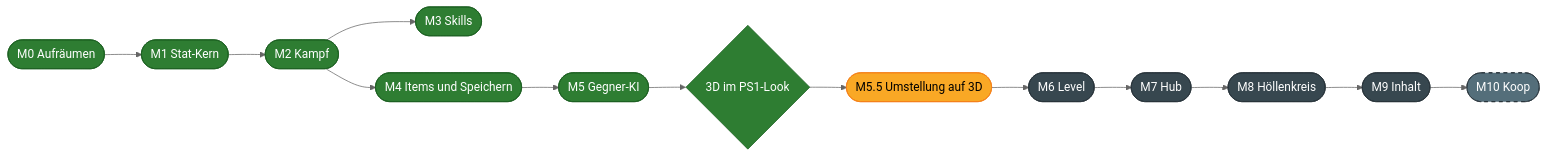
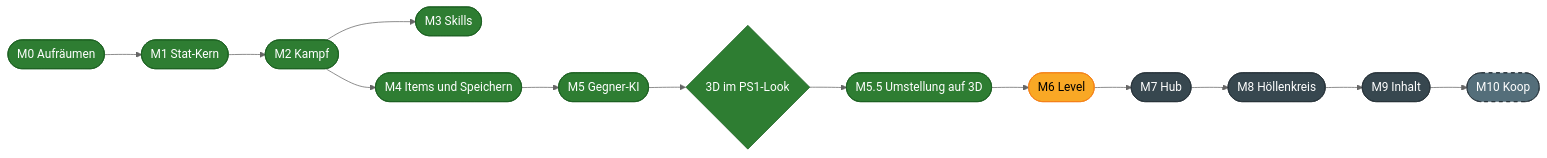
One commit to sharedboidev/Hoellenspiralenspiel changed the diagram in README.md. Above: the diagram before and after it, drawn with Mermaid (neutral theme). The commit also changed other lines of this file and 212 other files, not shown here.

````diff
--- a/README.md
+++ b/README.md
@@ -371,15 +366,15 @@
 ```mermaid
 flowchart LR
     M0(["M0 Aufräumen"]):::done --> M1(["M1 Stat-Kern"]):::done --> M2(["M2 Kampf"]):::done
     M2 --> M3(["M3 Skills"]):::done
     M2 --> M4(["M4 Items und Speichern"]):::done
     M4 --> M5(["M5 Gegner-KI"]):::done --> D{"3D im PS1-Look"}:::done
-    D --> U(["M5.5 Umstellung auf 3D"]):::next --> M6(["M6 Level"]):::open --> M7(["M7 Hub"]):::open --> M8(["M8 Höllenkreis"]):::open
+    D --> U(["M5.5 Umstellung auf 3D"]):::done --> M6(["M6 Level"]):::next --> M7(["M7 Hub"]):::open --> M8(["M8 Höllenkreis"]):::open
     M8 --> M9(["M9 Inhalt"]):::open --> M10(["M10 Koop"]):::optional
 
     classDef done fill:#2e7d32,color:#ffffff,stroke:#1b5e20
     classDef next fill:#f9a825,color:#000000,stroke:#f57f17
     classDef open fill:#37474f,color:#ffffff,stroke:#263238
     classDef decision fill:#6a1b9a,color:#ffffff,stroke:#4a148c
     classDef optional fill:#546e7a,color:#ffffff,stroke:#263238,stroke-dasharray: 5 5
 ```
````
